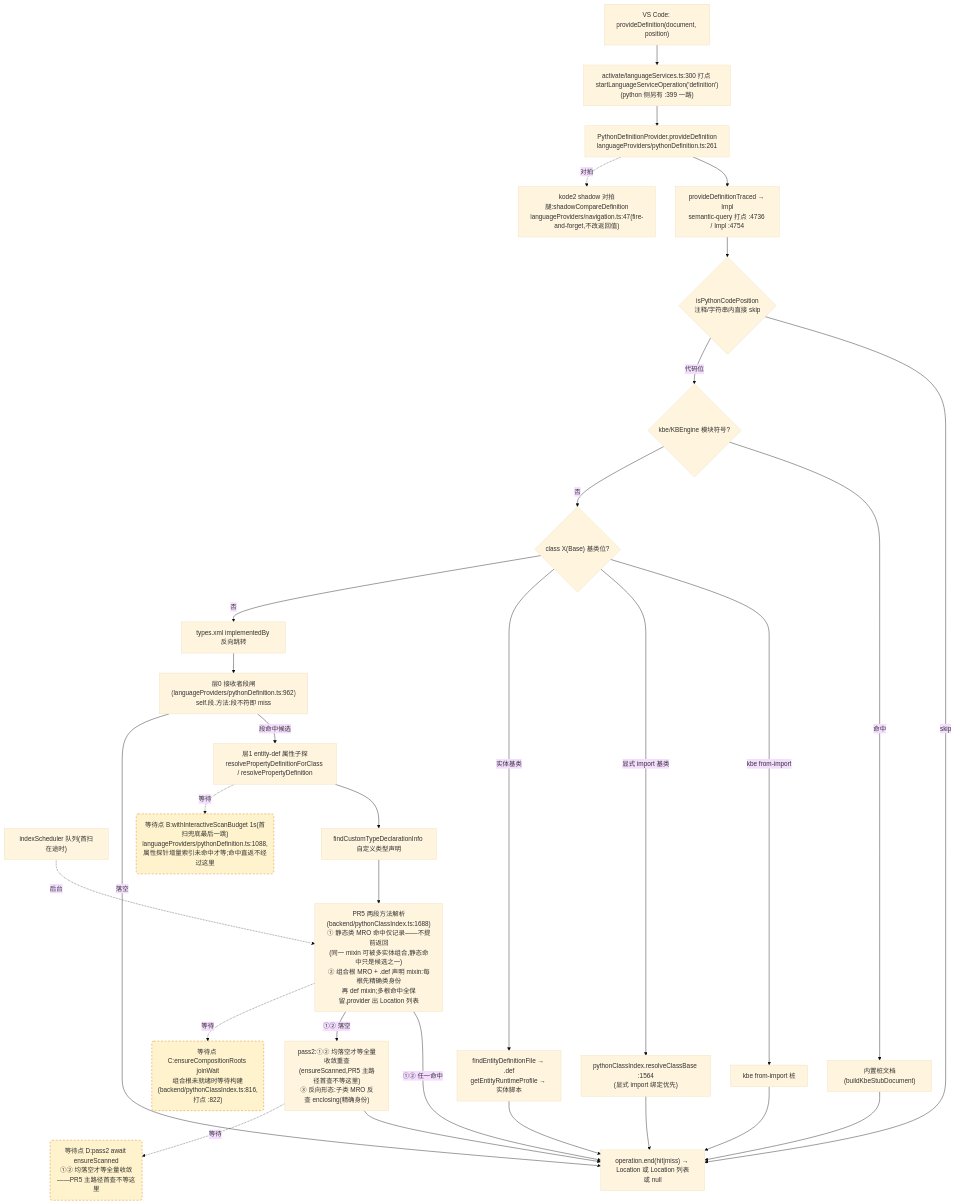
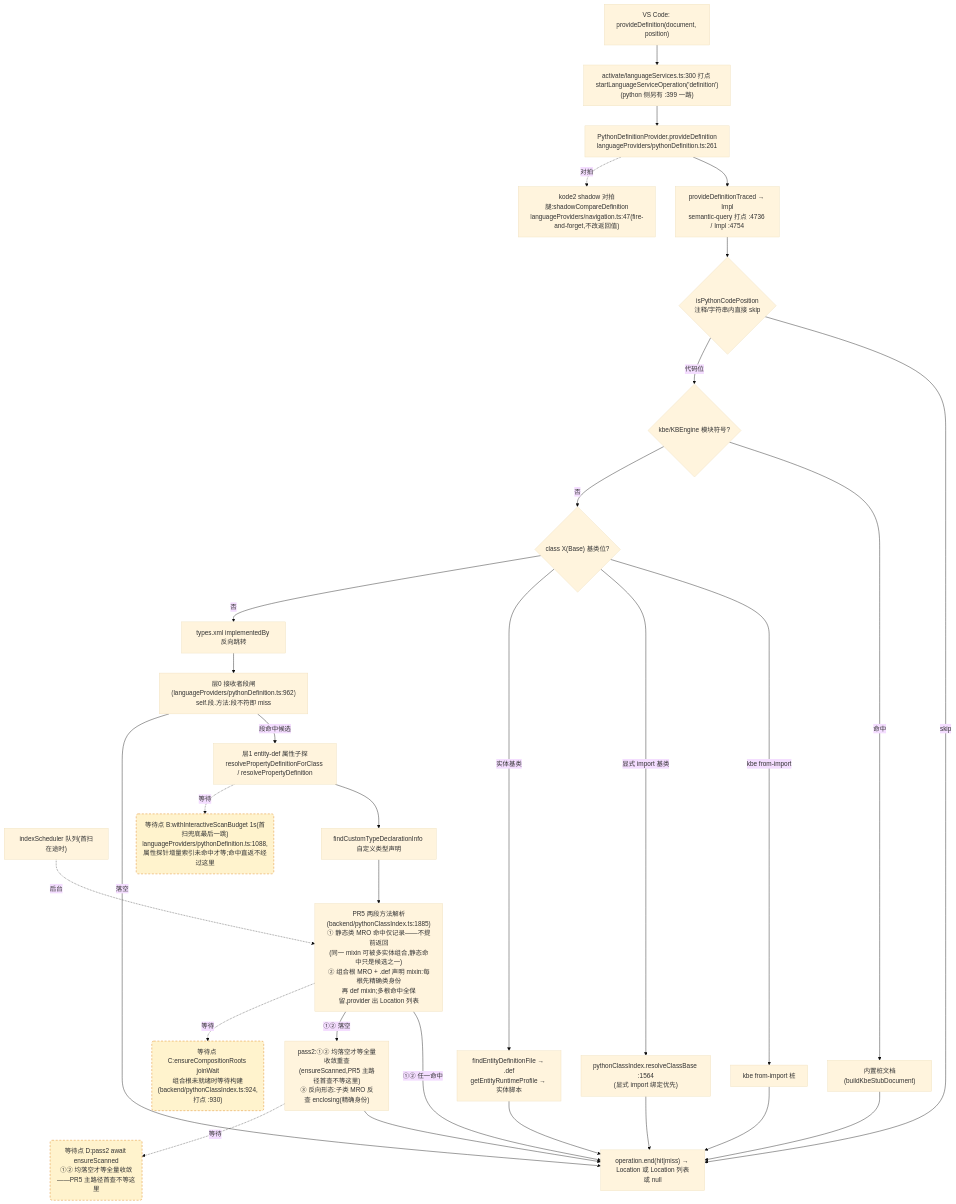
The second of 4 diagrams in docs/perf/2026-baseline.md (cuihairu/kode), drawn with Mermaid (base theme) before and after one commit. The commit also changed other lines of this file and 4 other files, not shown here.

````diff
--- a/docs/perf/2026-baseline.md
+++ b/docs/perf/2026-baseline.md
@@ -160,51 +160,51 @@
 ```mermaid
 flowchart TD
   VC2["VS Code: provideDefinition(document, position)"]
   M2["activate/languageServices.ts:300 打点 startLanguageServiceOperation('definition')<br/>(python 侧另有 :399 一路)"]
   AD2["PythonDefinitionProvider.provideDefinition<br/>languageProviders/pythonDefinition.ts:261"]
   TR["provideDefinitionTraced → Impl<br/>semantic-query 打点 :4736 / Impl :4754"]
   CTX{"isPythonCodePosition<br/>注释/字符串内直接 skip"}
   KBE{"kbe/KBEngine 模块符号?"}
   STUB["内置桩文档(buildKbeStubDocument)"]
   CB{"class X(Base) 基类位?"}
   CB1["kbe from-import 桩"]
   CB2["pythonClassIndex.resolveClassBase :1564<br/>(显式 import 绑定优先)"]
   CB3["findEntityDefinitionFile → .def<br/>getEntityRuntimeProfile → 实体脚本"]
   REV["types.xml implementedBy 反向跳转"]
   L0["层0 接收者段闸(languageProviders/pythonDefinition.ts:962)<br/>self.段.方法:段不符即 miss"]
   L1["层1 entity-def 属性子探<br/>resolvePropertyDefinitionForClass / resolvePropertyDefinition"]
   SCAN["indexScheduler 队列(首扫在途时)"]
   TY["findCustomTypeDeclarationInfo 自定义类型声明"]
-  MRO["PR5 两段方法解析(backend/pythonClassIndex.ts:1688)<br/>① 静态类 MRO 命中仅记录——不提前返回<br/>(同一 mixin 可被多实体组合,静态命中只是候选之一)<br/>② 组合根 MRO + .def 声明 mixin:每根先精确类身份<br/>再 def mixin;多根命中全保留,provider 出 Location 列表"]
+  MRO["PR5 两段方法解析(backend/pythonClassIndex.ts:1885)<br/>① 静态类 MRO 命中仅记录——不提前返回<br/>(同一 mixin 可被多实体组合,静态命中只是候选之一)<br/>② 组合根 MRO + .def 声明 mixin:每根先精确类身份<br/>再 def mixin;多根命中全保留,provider 出 Location 列表"]
   PASS2["pass2:①② 均落空才等全量收敛重查<br/>(ensureScanned,PR5 主路径首查不等这里)<br/>③ 反向形态:子类 MRO 反查 enclosing(精确身份)"]
   SHD["kode2 shadow 对拍腿:shadowCompareDefinition<br/>languageProviders/navigation.ts:47(fire-and-forget,不改返回值)"]
   END2["operation.end(hit|miss) → Location 或 Location 列表或 null"]
 
   VC2 --> M2 --> AD2 --> TR --> CTX
   CTX -- "skip" --> END2
   CTX -- "代码位" --> KBE
   KBE -- "命中" --> STUB --> END2
   KBE -- "否" --> CB
   CB -- "kbe from-import" --> CB1 --> END2
   CB -- "显式 import 基类" --> CB2 --> END2
   CB -- "实体基类" --> CB3 --> END2
   CB -- "否" --> REV --> L0
   L0 -- "段命中候选" --> L1
   L0 -- "落空" --> END2
   L1 --> TY
   TY --> MRO
   MRO -- "①② 任一命中" --> END2
   MRO -- "①② 落空" --> PASS2 --> END2
   AD2 -.->|对拍| SHD
 
   WAITB("等待点 B:withInteractiveScanBudget 1s(首扫兜底最后一跳)<br/>languageProviders/pythonDefinition.ts:1088,属性探针增量索引未命中才等;命中直返不经过这里")
-  WAITC("等待点 C:ensureCompositionRoots joinWait<br/>组合根未就绪时等待构建(backend/pythonClassIndex.ts:816,打点 :822)")
+  WAITC("等待点 C:ensureCompositionRoots joinWait<br/>组合根未就绪时等待构建(backend/pythonClassIndex.ts:924,打点 :930)")
   WAITD("等待点 D:pass2 await ensureScanned<br/>①② 均落空才等全量收敛——PR5 主路径首查不等这里")
   L1 -.->|等待| WAITB
   MRO -.->|等待| WAITC
   PASS2 -.->|等待| WAITD
   SCAN -.->|后台| MRO
 
   classDef waitPoint fill:#fff3cd,stroke:#d97706,stroke-dasharray:5 4;
   class WAITB,WAITC,WAITD waitPoint;
 ```
````
